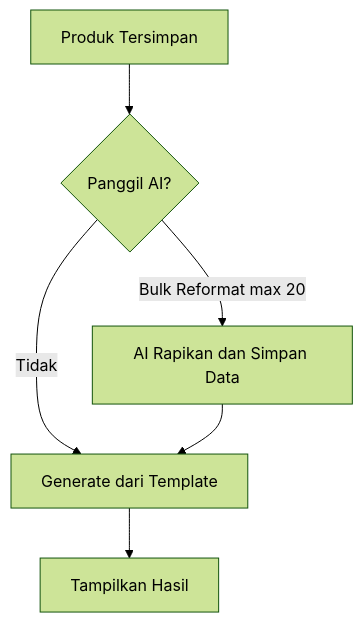
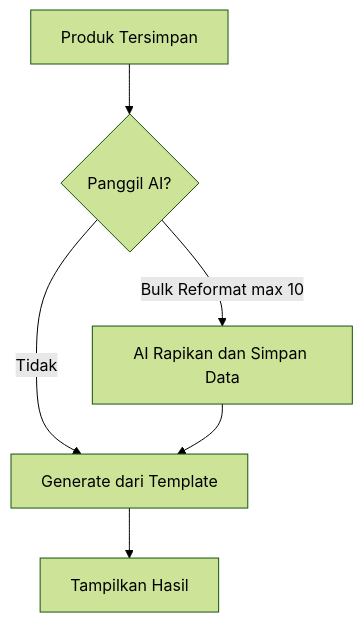
The fifth of 5 diagrams in PRD.md (nunutech40/affilatorshopee), drawn with Mermaid (forest theme) before and after one commit. The commit also changed other lines of this file and 15 other files, not shown here.

````diff
--- a/PRD.md
+++ b/PRD.md
@@ -123,8 +123,8 @@
 ```mermaid
 flowchart TD
     A[Produk Tersimpan] --> B{Panggil AI?}
-    B -->|Bulk Reformat max 20| C[AI Rapikan dan Simpan Data]
+    B -->|Bulk Reformat max 10| C[AI Rapikan dan Simpan Data]
     B -->|Tidak| D[Generate dari Template]
     C --> D
     D --> E[Tampilkan Hasil]
 ```
````
